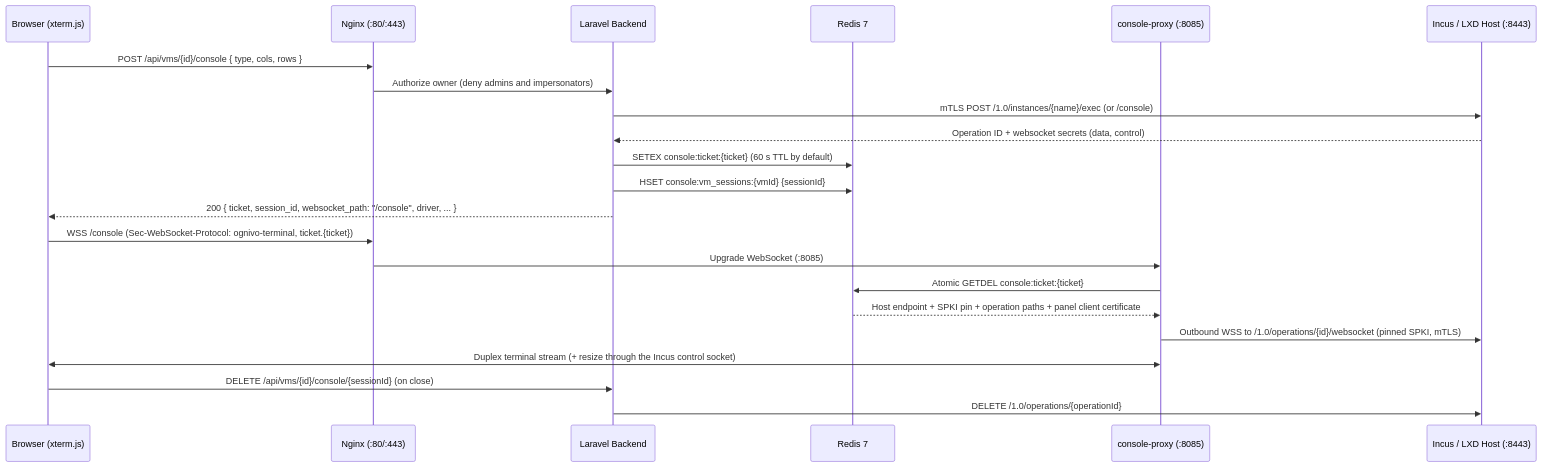
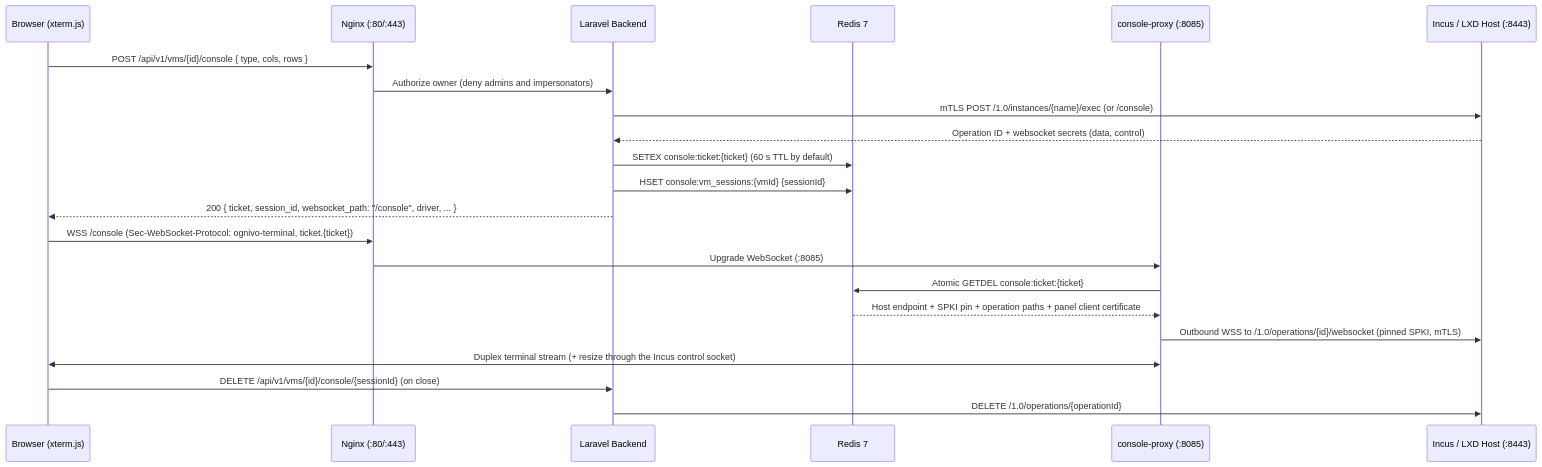
Before and after one commit to schmasterz/ognivo: the diagram in docs/features/console.md, drawn with Mermaid. The commit also changed other lines of this file and 8 other files, not shown here.

````diff
--- a/docs/features/console.md
+++ b/docs/features/console.md
@@ -18,25 +18,25 @@
 ```mermaid
 sequenceDiagram
     participant Browser as Browser (xterm.js)
     participant Nginx as Nginx (:80/:443)
     participant API as Laravel Backend
     participant Redis as Redis 7
     participant Proxy as console-proxy (:8085)
     participant Incus as Incus / LXD Host (:8443)
 
-    Browser->>Nginx: POST /api/vms/{id}/console { type, cols, rows }
+    Browser->>Nginx: POST /api/v1/vms/{id}/console { type, cols, rows }
     Nginx->>API: Authorize owner (deny admins and impersonators)
     API->>Incus: mTLS POST /1.0/instances/{name}/exec (or /console)
     Incus-->>API: Operation ID + websocket secrets (data, control)
     API->>Redis: SETEX console:ticket:{ticket} (60 s TTL by default)
     API->>Redis: HSET console:vm_sessions:{vmId} {sessionId}
     API-->>Browser: 200 { ticket, session_id, websocket_path: "/console", driver, ... }
     Browser->>Nginx: WSS /console (Sec-WebSocket-Protocol: ognivo-terminal, ticket.{ticket})
     Nginx->>Proxy: Upgrade WebSocket (:8085)
     Proxy->>Redis: Atomic GETDEL console:ticket:{ticket}
     Redis-->>Proxy: Host endpoint + SPKI pin + operation paths + panel client certificate
     Proxy->>Incus: Outbound WSS to /1.0/operations/{id}/websocket (pinned SPKI, mTLS)
     Proxy<<->>Browser: Duplex terminal stream (+ resize through the Incus control socket)
-    Browser->>API: DELETE /api/vms/{id}/console/{sessionId} (on close)
+    Browser->>API: DELETE /api/v1/vms/{id}/console/{sessionId} (on close)
     API->>Incus: DELETE /1.0/operations/{operationId}
 ```
````
